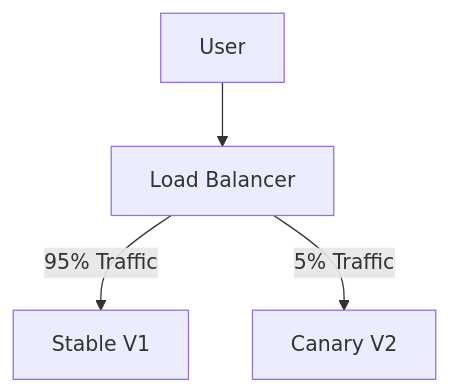
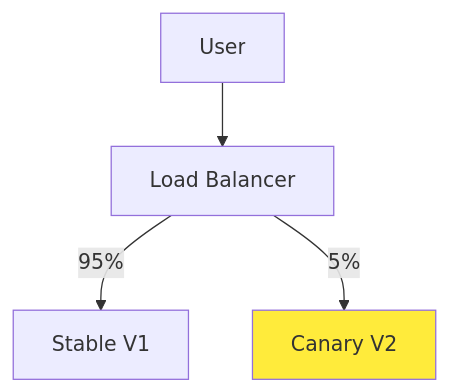
Before and after one commit to kloudtechvizag/cloud-devops-interview-prep: the fourth of 5 diagrams in kubernetes/README.md, drawn with Mermaid. The commit also changed other lines of this file and 20 other files, not shown here.

````diff
--- a/kubernetes/README.md
+++ b/kubernetes/README.md
@@ -94,6 +65,7 @@
 ```mermaid
 graph TD
     User --> LB[Load Balancer]
-    LB -- 95% Traffic --> V1[Stable V1]
-    LB -- 5% Traffic --> V2[Canary V2]
+    LB -- 95% --> V1[Stable V1]
+    LB -- 5% --> V2[Canary V2]
+    style V2 fill:#ffeb3b
 ```
````
